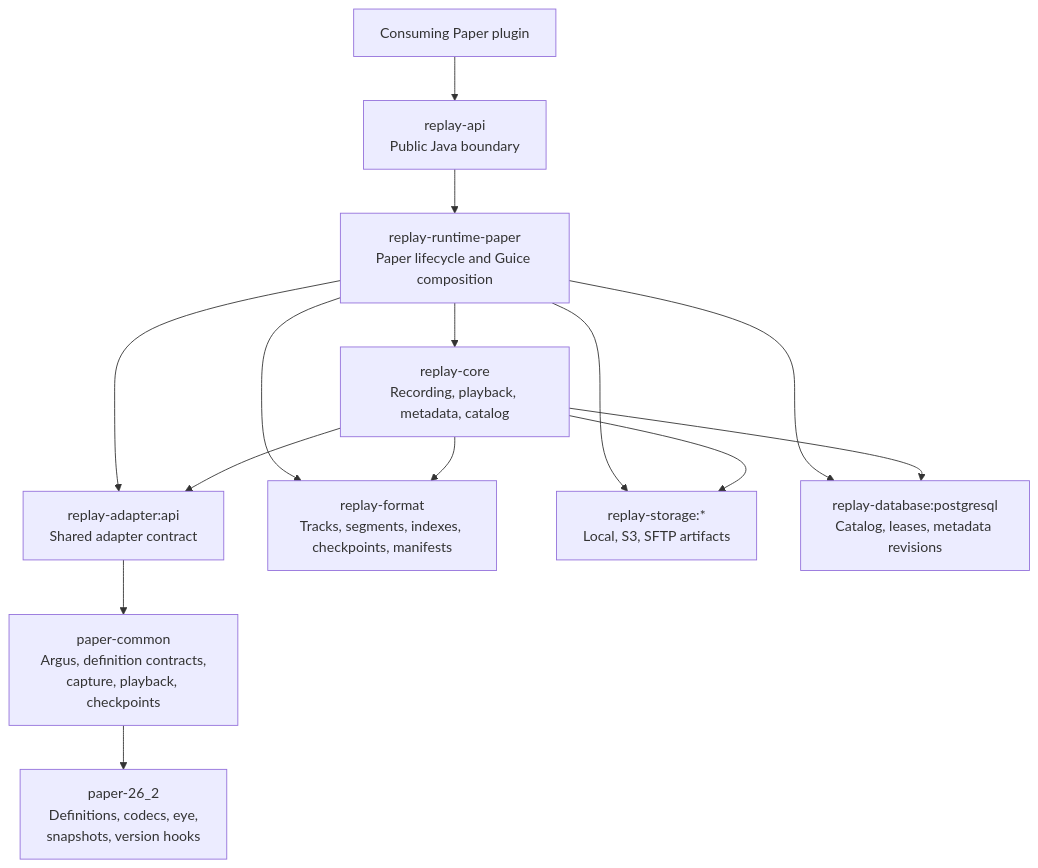
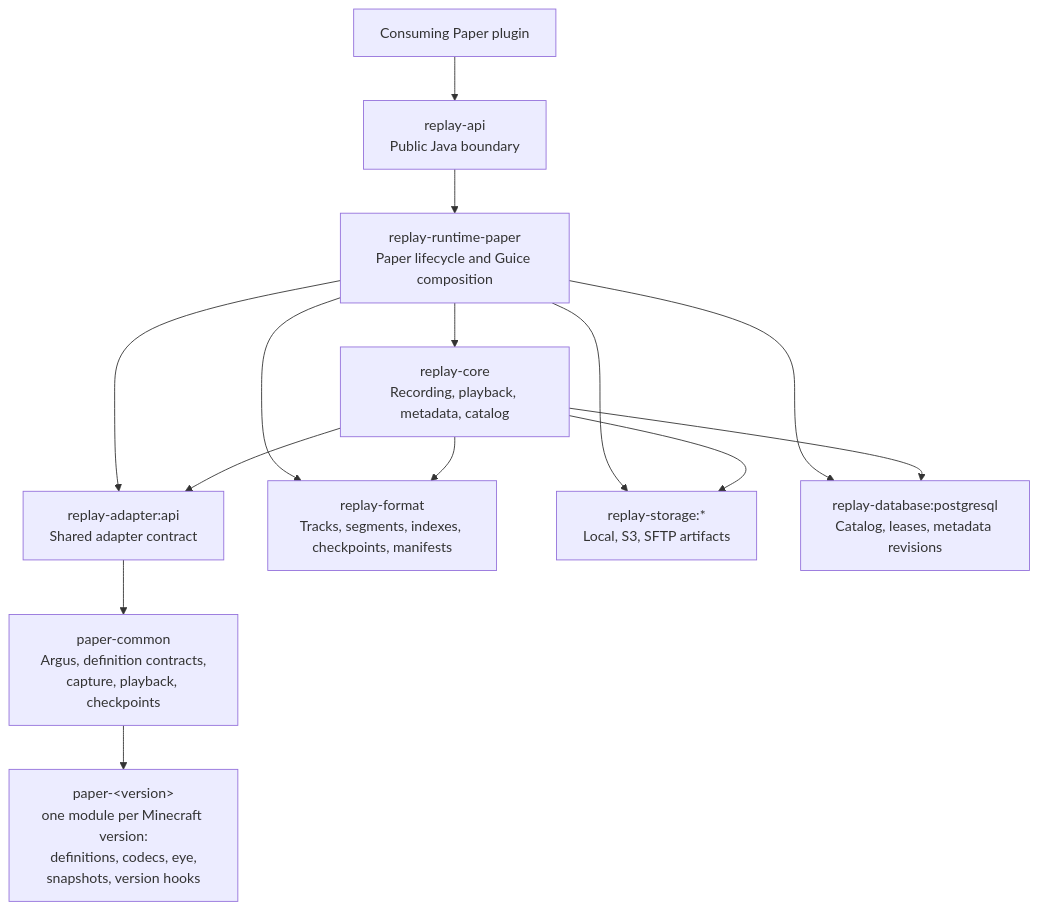
One commit to schmolldechse/replay-framework changed the first of 3 diagrams in docs/architecture.md. Above: the diagram before and after it, drawn with Mermaid. The commit also changed other lines of this file and 43 other files, not shown here.

First line of the commit message:
refactor: move registry validation and capture contexts to paper-common

````diff
--- a/docs/architecture.md
+++ b/docs/architecture.md
@@ -9,18 +9,18 @@
 ```mermaid
 flowchart TD
     plugin["Consuming Paper plugin"] --> api["replay-api<br/>Public Java boundary"]
     api --> runtime["replay-runtime-paper<br/>Paper lifecycle and Guice composition"]
 
     runtime --> core["replay-core<br/>Recording, playback, metadata, catalog"]
     runtime --> adapterApi["replay-adapter:api<br/>Shared adapter contract"]
     adapterApi --> paperCommon["paper-common<br/>Argus, definition contracts,<br/>capture, playback, checkpoints"]
-    paperCommon --> adapter262["paper-26_2<br/>Definitions, codecs, eye,<br/>snapshots, version hooks"]
+    paperCommon --> adapterVersion["paper-&lt;version&gt;<br/>one module per Minecraft version:<br/>definitions, codecs, eye,<br/>snapshots, version hooks"]
     runtime --> format["replay-format<br/>Tracks, segments, indexes, checkpoints, manifests"]
     runtime --> storage["replay-storage:*<br/>Local, S3, SFTP artifacts"]
     runtime --> database["replay-database:postgresql<br/>Catalog, leases, metadata revisions"]
 
     core --> adapterApi
     core --> format
     core --> storage
     core --> database
 ```
````
